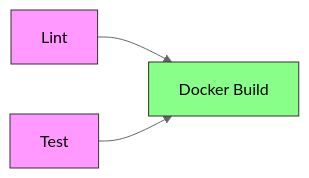
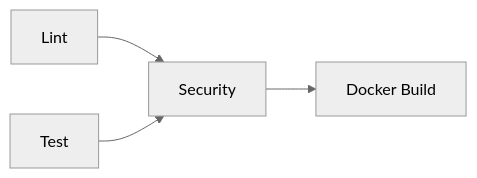
Before and after one commit to inno-devops-labs/S25-core-course-labs: the diagram in app_python/CI.md, drawn with Mermaid (neutral theme).

Commit message:
Fix diagram in CI.md

````diff
--- a/app_python/CI.md
+++ b/app_python/CI.md
@@ -18,8 +18,6 @@
 ```mermaid
 graph LR
-    A[Lint] --> D[Docker Build]
+    A[Lint] --> D
     B[Test] --> D
-    style A fill:#f9f,stroke:#333
-    style B fill:#f9f,stroke:#333
-    style D fill:#8f8,stroke:#333
+    D[Security] --> C[Docker Build]
 ```
````
